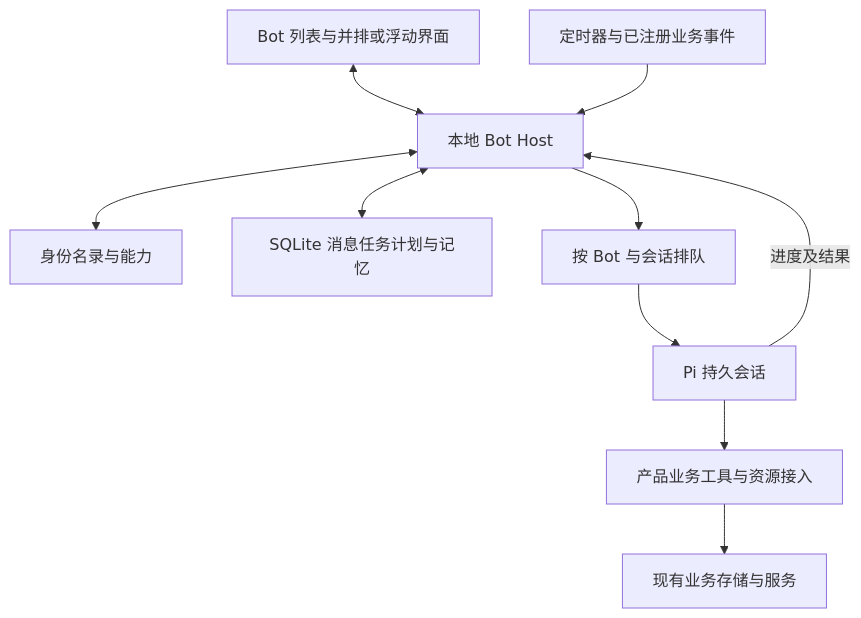
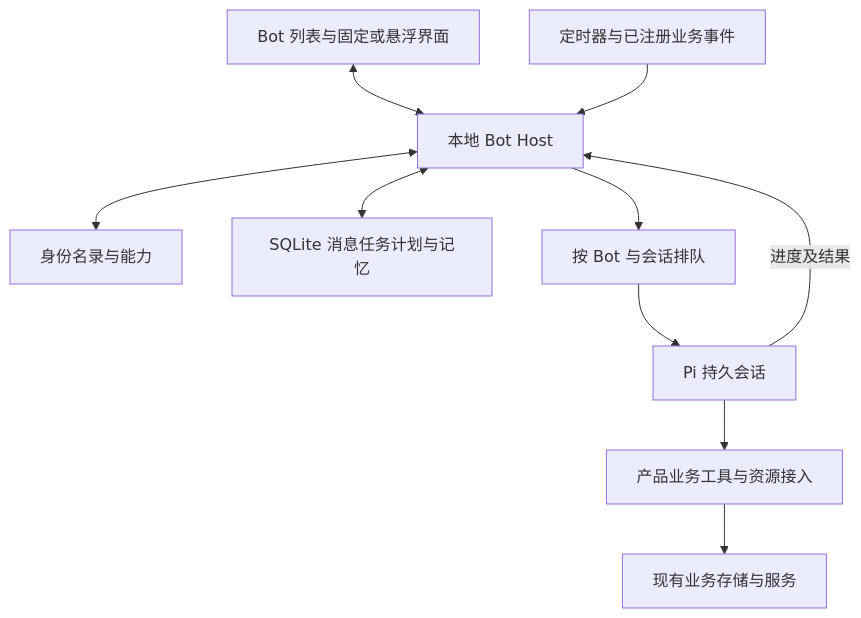
One commit to zhshenry/onosan_workbench changed the diagram in docs/requirements/shared/ai-assistant/bot-workbench-architecture.md. Above: the diagram before and after it, drawn with Mermaid. The commit also changed other lines of this file and 266 other files, not shown here.

````diff
--- a/docs/requirements/shared/ai-assistant/bot-workbench-architecture.md
+++ b/docs/requirements/shared/ai-assistant/bot-workbench-architecture.md
@@ -37,12 +40,12 @@
 ```mermaid
 flowchart TD
-    U[Bot 列表与并排或浮动界面] <--> H[本地 Bot Host]
+    U[Bot 列表与固定或悬浮界面] <--> H[本地 Bot Host]
     E[定时器与已注册业务事件] --> H
     H <--> R[身份名录与能力]
     H <--> D[SQLite 消息任务计划与记忆]
     H --> Q[按 Bot 与会话排队]
     Q --> P[Pi 持久会话]
     P --> A[产品业务工具与资源接入]
     A --> B[现有业务存储与服务]
     P -->|进度及结果| H
 ```
````
